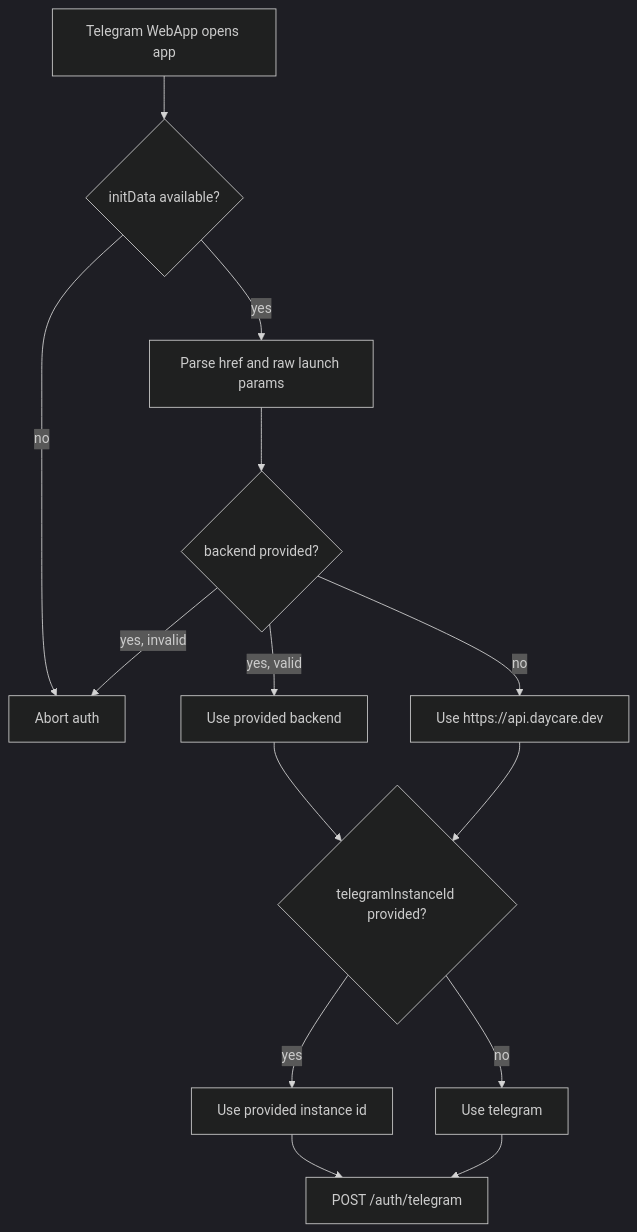
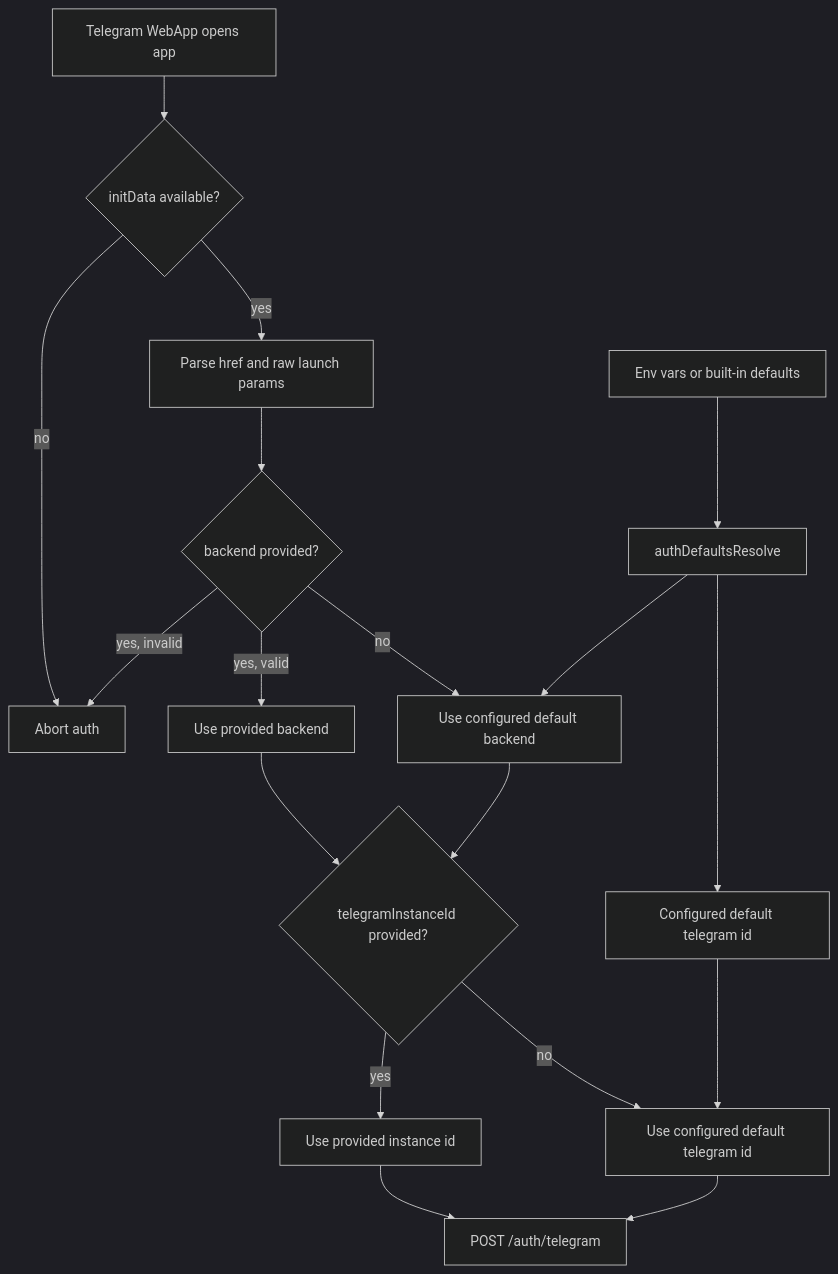
One commit to ex3ndr/daycare changed the diagram in doc/20260306-app-default-telegram-auth-context.md. Above: the diagram before and after it, drawn with Mermaid (dark theme). The commit also changed other lines of this file and 4 other files, not shown here.

Commit message:
fix(app): make auth defaults configurable

````diff
--- a/doc/20260306-app-default-telegram-auth-context.md
+++ b/doc/20260306-app-default-telegram-auth-context.md
@@ -11,16 +13,20 @@
 ```mermaid
 flowchart TD
-    A[Telegram WebApp opens app] --> B{initData available?}
-    B -- no --> C[Abort auth]
-    B -- yes --> D[Parse href and raw launch params]
-    D --> E{backend provided?}
-    E -- yes, valid --> F[Use provided backend]
-    E -- no --> G[Use https://api.daycare.dev]
-    E -- yes, invalid --> C
-    F --> H{telegramInstanceId provided?}
-    G --> H
-    H -- yes --> I[Use provided instance id]
-    H -- no --> J[Use telegram]
-    I --> K[POST /auth/telegram]
-    J --> K
+    A[Env vars or built-in defaults] --> B[authDefaultsResolve]
+    C[Telegram WebApp opens app] --> D{initData available?}
+    D -- no --> E[Abort auth]
+    D -- yes --> F[Parse href and raw launch params]
+    F --> G{backend provided?}
+    G -- yes, valid --> H[Use provided backend]
+    G -- no --> I[Use configured default backend]
+    G -- yes, invalid --> E
+    H --> J{telegramInstanceId provided?}
+    I --> J
+    B --> I
+    B --> K[Configured default telegram id]
+    J -- yes --> L[Use provided instance id]
+    J -- no --> M[Use configured default telegram id]
+    K --> M
+    L --> N[POST /auth/telegram]
+    M --> N
 ```
````
